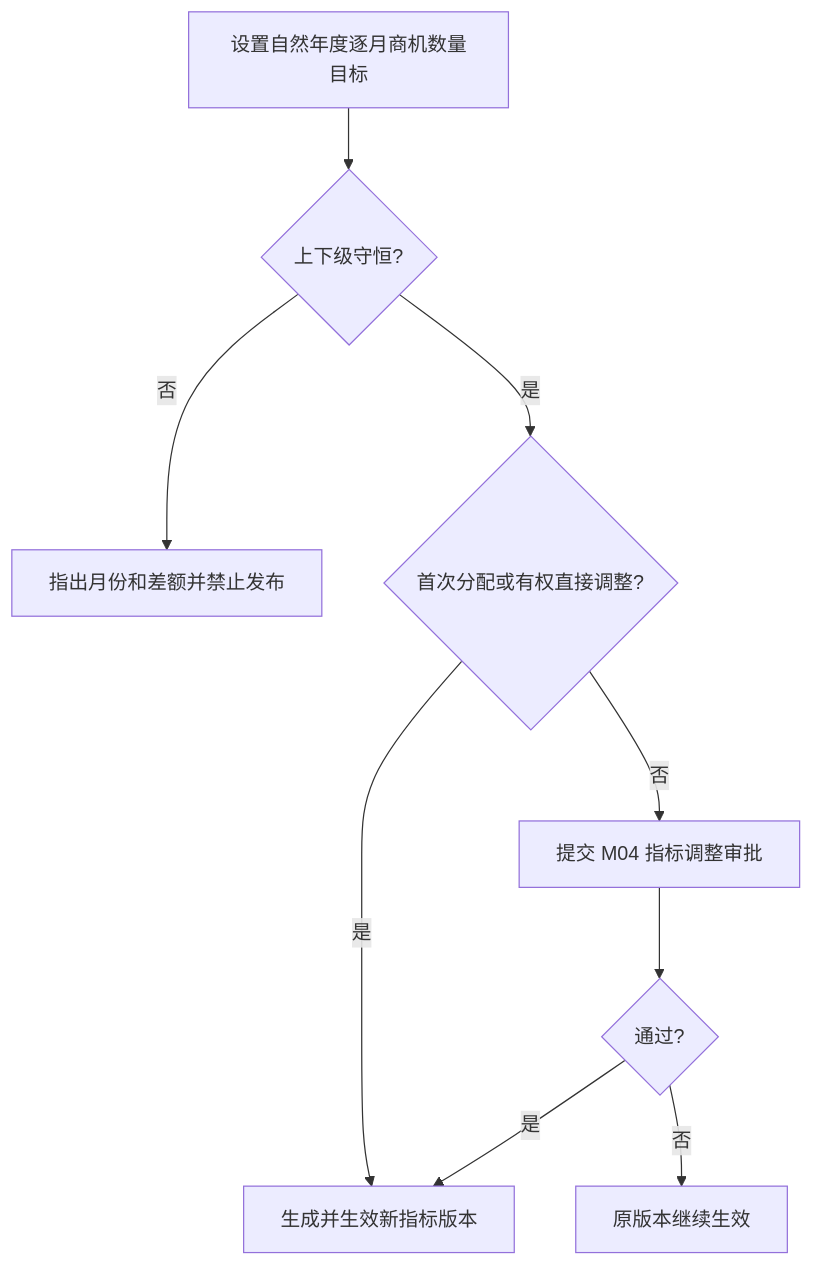
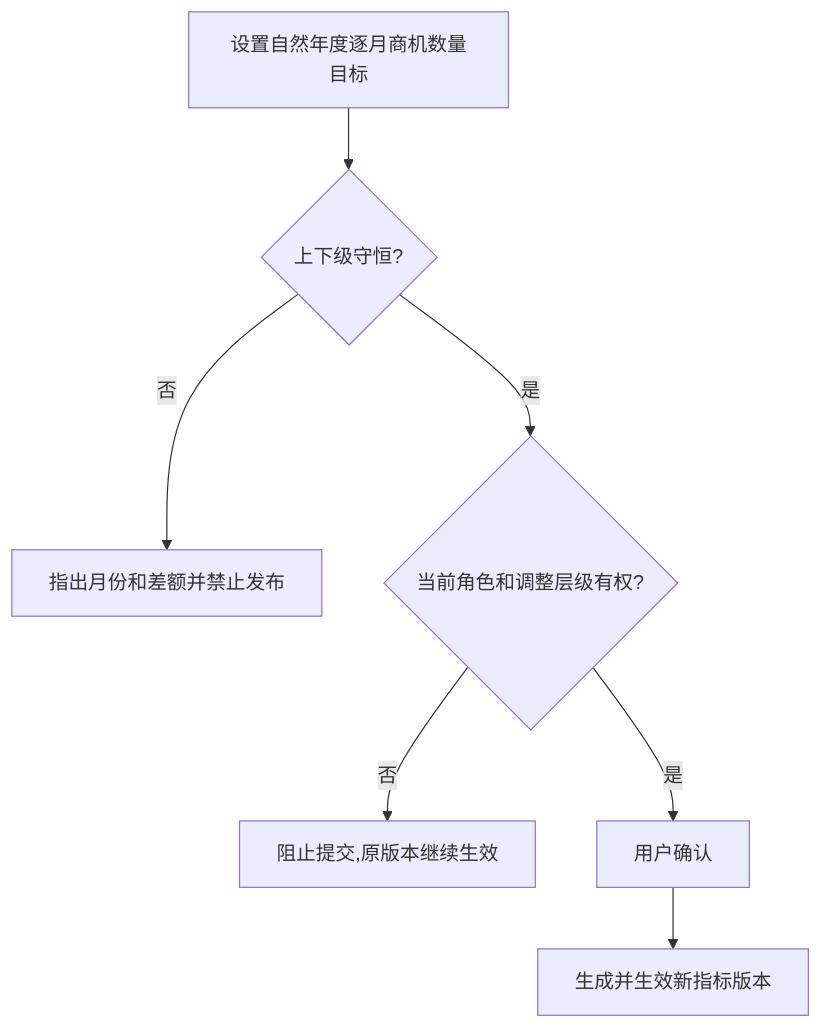
Before and after one commit to Joker-1030/Yingjia-Internal-Management-System: the first of 3 diagrams in prd-workspace/current/user-flows/FLOW-17-M12-sales-opportunity.md, drawn with Mermaid. The commit also changed other lines of this file and 95 other files, not shown here.

````diff
--- a/prd-workspace/current/user-flows/FLOW-17-M12-sales-opportunity.md
+++ b/prd-workspace/current/user-flows/FLOW-17-M12-sales-opportunity.md
@@ -9,11 +9,9 @@
 ```mermaid
 flowchart TD
     A[设置自然年度逐月商机数量目标] --> B{上下级守恒?}
     B -- 否 --> C[指出月份和差额并禁止发布]
-    B -- 是 --> D{首次分配或有权直接调整?}
-    D -- 是 --> E[生成并生效新指标版本]
-    D -- 否 --> F[提交 M04 指标调整审批]
-    F --> G{通过?}
-    G -- 否 --> H[原版本继续生效]
-    G -- 是 --> E
+    B -- 是 --> D{当前角色和调整层级有权?}
+    D -- 否 --> H[阻止提交,原版本继续生效]
+    D -- 是 --> F[用户确认]
+    F --> E[生成并生效新指标版本]
 ```
````
